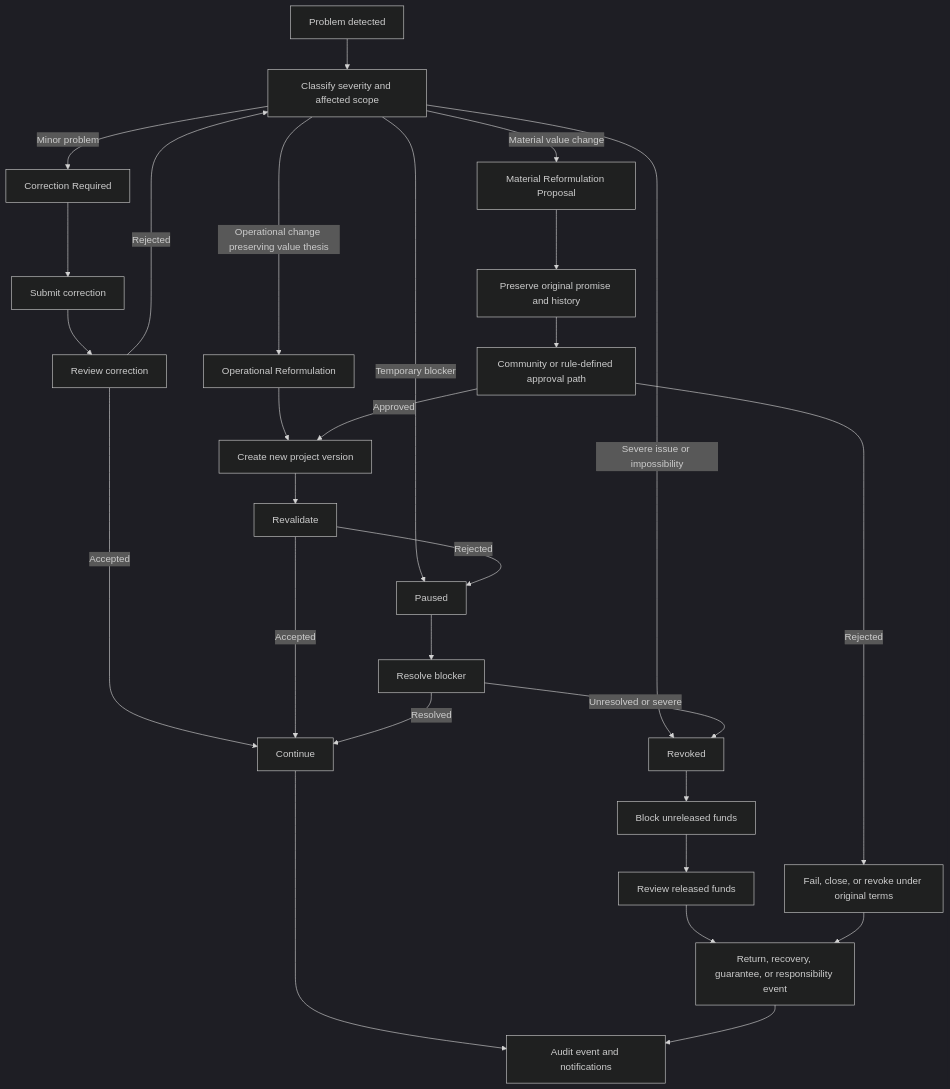
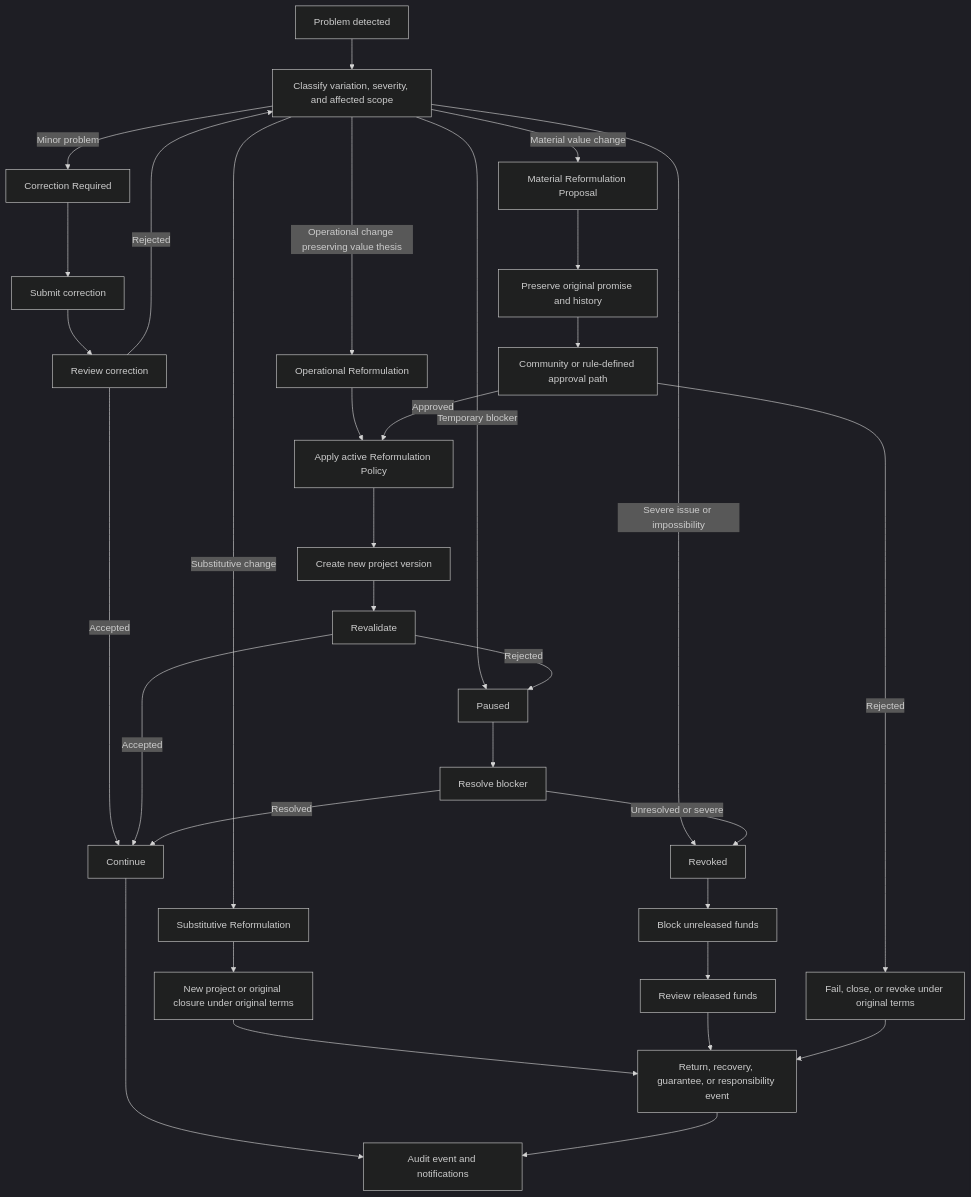
One commit to moffermann/distributed-governance-research changed the diagram in docs/diagrams/v0-reformulation-pause-revocation.md. Above: the diagram before and after it, drawn with Mermaid (dark theme). The commit also changed other lines of this file and 14 other files, not shown here.

First line of the commit message:
Align H021 project variation control

````diff
--- a/docs/diagrams/v0-reformulation-pause-revocation.md
+++ b/docs/diagrams/v0-reformulation-pause-revocation.md
@@ -9,37 +9,42 @@
 ```mermaid
 flowchart TD
-    A[Problem detected] --> B[Classify severity and affected scope]
+    A[Problem detected] --> B[Classify variation, severity, and affected scope]
 
     B -->|Minor problem| C[Correction Required]
     B -->|Operational change preserving value thesis| D[Operational Reformulation]
     B -->|Material value change| MV[Material Reformulation Proposal]
+    B -->|Substitutive change| S[Substitutive Reformulation]
     B -->|Temporary blocker| E[Paused]
     B -->|Severe issue or impossibility| F[Revoked]
 
     C --> C1[Submit correction]
     C1 --> C2[Review correction]
     C2 -->|Accepted| G[Continue]
     C2 -->|Rejected| B
 
-    D --> D1[Create new project version]
+    D --> DP[Apply active Reformulation Policy]
+    DP --> D1[Create new project version]
     D1 --> D2[Revalidate]
     D2 -->|Accepted| G
     D2 -->|Rejected| E
 
     MV --> MV1[Preserve original promise and history]
     MV1 --> MV2[Community or rule-defined approval path]
-    MV2 -->|Approved| D1
+    MV2 -->|Approved| DP
     MV2 -->|Rejected| FF[Fail, close, or revoke under original terms]
+
+    S --> S1[New project or original closure under original terms]
+    S1 --> F3
 
     E --> E1[Resolve blocker]
     E1 -->|Resolved| G
     E1 -->|Unresolved or severe| F
 
     F --> F1[Block unreleased funds]
     F1 --> F2[Review released funds]
     F2 --> F3[Return, recovery, guarantee, or responsibility event]
     FF --> F3
 
     G --> H[Audit event and notifications]
     F3 --> H
 ```
````
